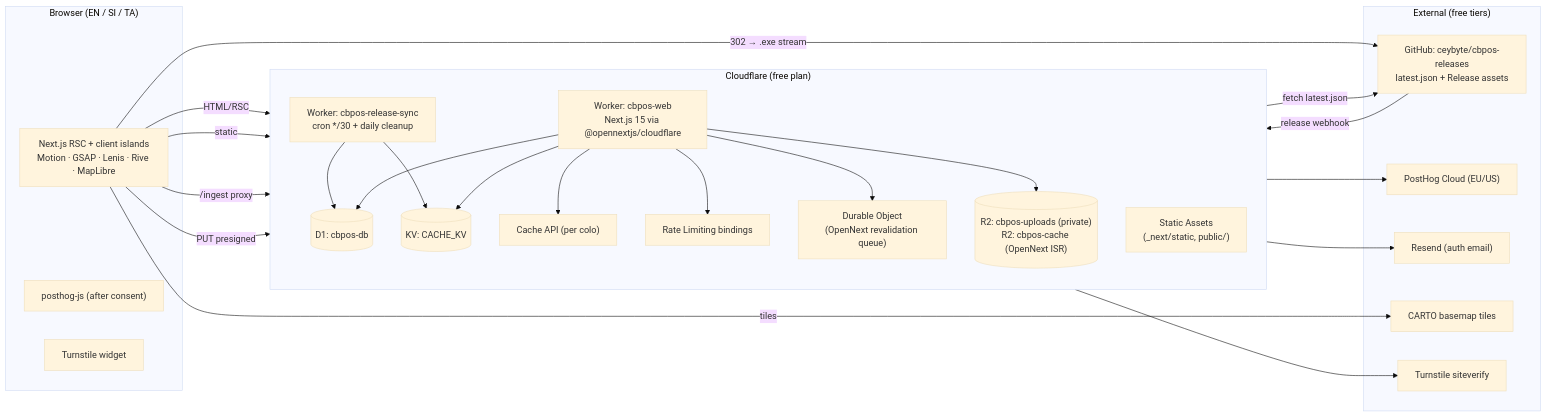
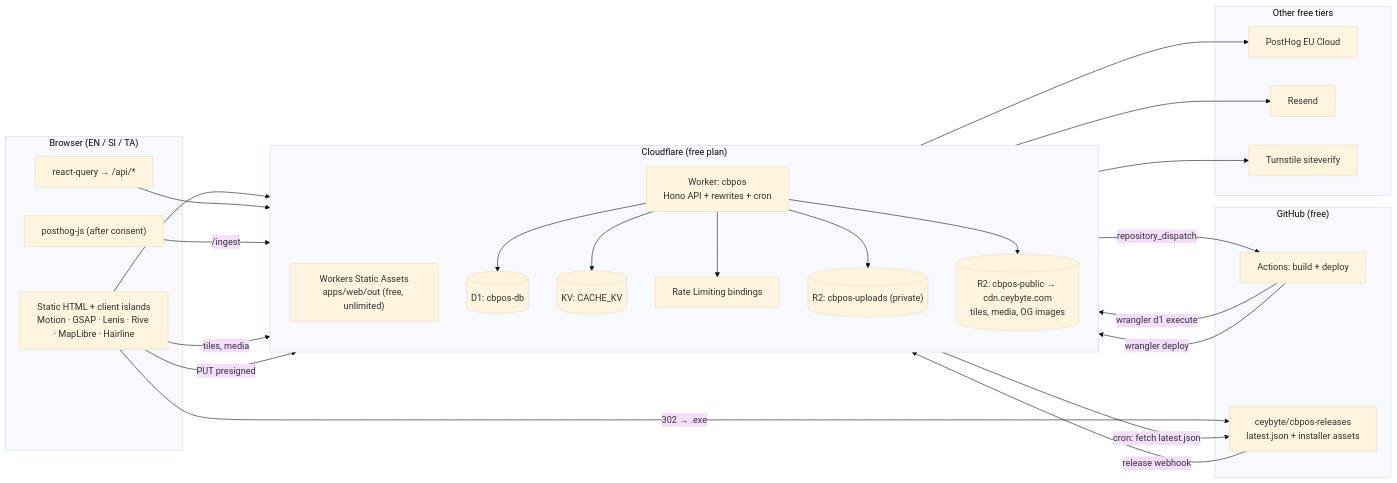
The first of 5 diagrams in docs/02-TRD.md (ceybyte/CeyByte.com), drawn with Mermaid (base theme) before and after one commit. The commit also changed other lines of this file, not shown here.

First line of the commit message:
docs(free): rewrite TRD for static export + Hono Worker

````diff
--- a/docs/02-TRD.md
+++ b/docs/02-TRD.md
@@ -14,43 +15,44 @@
 ```mermaid
 flowchart LR
   subgraph Client["Browser (EN / SI / TA)"]
-    UI["Next.js RSC + client islands<br/>Motion · GSAP · Lenis · Rive · MapLibre"]
+    HTML["Static HTML + client islands<br/>Motion · GSAP · Lenis · Rive · MapLibre · Hairline"]
+    RQ["react-query → /api/*"]
     PH["posthog-js (after consent)"]
-    TS["Turnstile widget"]
   end
 
   subgraph CF["Cloudflare (free plan)"]
     direction TB
-    W["Worker: cbpos-web<br/>Next.js 15 via @opennextjs/cloudflare"]
-    SA["Static Assets<br/>(_next/static, public/)"]
+    SA["Workers Static Assets<br/>apps/web/out (free, unlimited)"]
+    W["Worker: cbpos<br/>Hono API + rewrites + cron"]
     D1[("D1: cbpos-db")]
-    R2[("R2: cbpos-uploads (private)<br/>R2: cbpos-cache (OpenNext ISR)")]
+    R2P[("R2: cbpos-uploads (private)")]
+    R2C[("R2: cbpos-public → cdn.ceybyte.com<br/>tiles, media, OG images")]
     KV[("KV: CACHE_KV")]
-    CA["Cache API (per colo)"]
     RL["Rate Limiting bindings"]
-    DO["Durable Object<br/>(OpenNext revalidation queue)"]
-    CRON["Worker: cbpos-release-sync<br/>cron */30 + daily cleanup"]
   end
 
-  subgraph Ext["External (free tiers)"]
-    GH["GitHub: ceybyte/cbpos-releases<br/>latest.json + Release assets"]
-    PHS["PostHog Cloud (EU/US)"]
-    RS["Resend (auth email)"]
-    CARTO["CARTO basemap tiles"]
+  subgraph GH["GitHub (free)"]
+    GA["Actions: build + deploy"]
+    REL["ceybyte/cbpos-releases<br/>latest.json + installer assets"]
+  end
+
+  subgraph Ext["Other free tiers"]
+    PHS["PostHog EU Cloud"]
+    RS["Resend"]
     TSV["Turnstile siteverify"]
   end
 
-  UI -->|HTML/RSC| W
-  UI -->|static| SA
-  UI -->|/ingest proxy| W --> PHS
-  UI -->|tiles| CARTO
-  UI -->|PUT presigned| R2
-  UI -->|302 → .exe stream| GH
-  W --> D1 & KV & CA & RL & DO
-  W --> R2
-  W --> TSV
-  W --> RS
-  GH -->|release webhook| W
-  CRON -->|fetch latest.json| GH
-  CRON --> D1 & KV
+  HTML --> SA
+  RQ --> W
+  PH -->|/ingest| W --> PHS
+  HTML -->|tiles, media| R2C
+  HTML -->|PUT presigned| R2P
+  HTML -->|302 → .exe| REL
+  W --> D1 & KV & RL & R2P & R2C
+  W --> TSV & RS
+  W -->|repository_dispatch| GA
+  GA -->|wrangler d1 execute| D1
+  GA -->|wrangler deploy| SA
+  REL -->|release webhook| W
+  W -->|cron: fetch latest.json| REL
 ```
````
